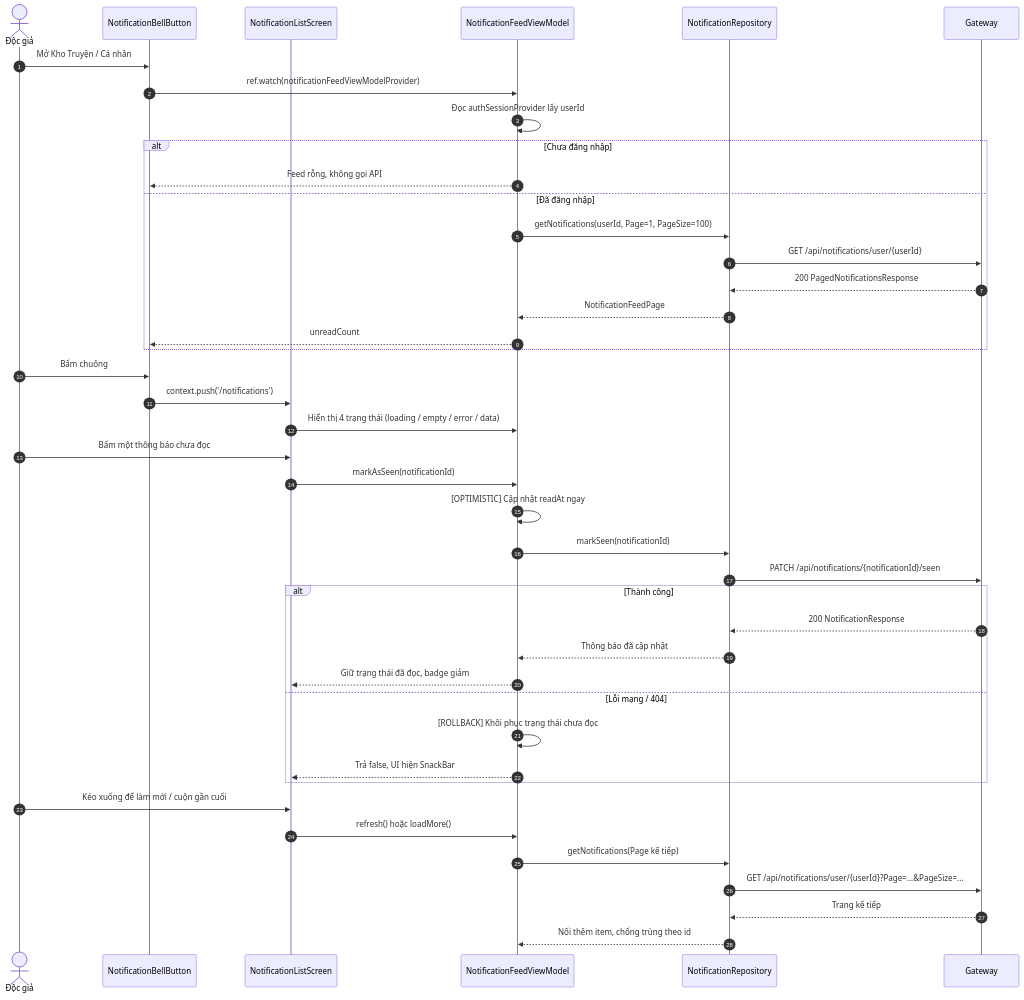
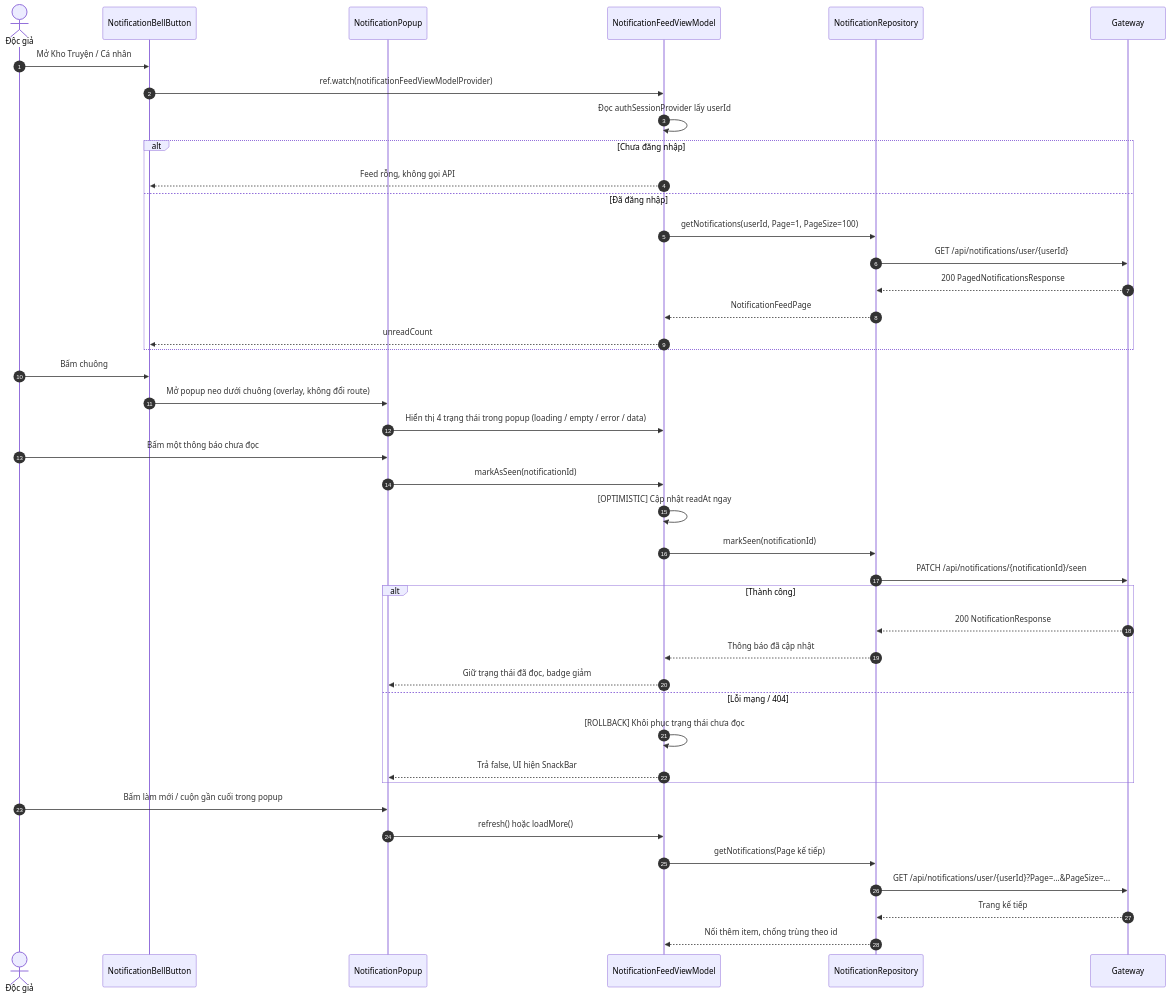
Before and after one commit to Trunguyen104/joyleebook_mobile: the fifth of 6 diagrams in docs/03-System-Flows-And-Contracts.md, drawn with Mermaid. The commit also changed other lines of this file and 23 other files, not shown here.

Commit message:
feat(notification): add realtime signalr notifications

````diff
--- a/docs/03-System-Flows-And-Contracts.md
+++ b/docs/03-System-Flows-And-Contracts.md
@@ -195,48 +195,48 @@
 ```mermaid
 sequenceDiagram
     autonumber
     actor Reader as Độc giả
     participant Bell as NotificationBellButton
-    participant UI as NotificationListScreen
+    participant UI as NotificationPopup
     participant VM as NotificationFeedViewModel
     participant Repo as NotificationRepository
     participant GW as Gateway
 
     Reader->>Bell: Mở Kho Truyện / Cá nhân
     Bell->>VM: ref.watch(notificationFeedViewModelProvider)
     VM->>VM: Đọc authSessionProvider lấy userId
     alt Chưa đăng nhập
         VM-->>Bell: Feed rỗng, không gọi API
     else Đã đăng nhập
         VM->>Repo: getNotifications(userId, Page=1, PageSize=100)
         Repo->>GW: GET /api/notifications/user/{userId}
         GW-->>Repo: 200 PagedNotificationsResponse
         Repo-->>VM: NotificationFeedPage
         VM-->>Bell: unreadCount
     end
 
     Reader->>Bell: Bấm chuông
-    Bell->>UI: context.push('/notifications')
-    UI->>VM: Hiển thị 4 trạng thái (loading / empty / error / data)
+    Bell->>UI: Mở popup neo dưới chuông (overlay, không đổi route)
+    UI->>VM: Hiển thị 4 trạng thái trong popup (loading / empty / error / data)
 
     Reader->>UI: Bấm một thông báo chưa đọc
     UI->>VM: markAsSeen(notificationId)
     VM->>VM: [OPTIMISTIC] Cập nhật readAt ngay
     VM->>Repo: markSeen(notificationId)
     Repo->>GW: PATCH /api/notifications/{notificationId}/seen
     alt Thành công
         GW-->>Repo: 200 NotificationResponse
         Repo-->>VM: Thông báo đã cập nhật
         VM-->>UI: Giữ trạng thái đã đọc, badge giảm
     else Lỗi mạng / 404
         VM->>VM: [ROLLBACK] Khôi phục trạng thái chưa đọc
         VM-->>UI: Trả false, UI hiện SnackBar
     end
 
-    Reader->>UI: Kéo xuống để làm mới / cuộn gần cuối
+    Reader->>UI: Bấm làm mới / cuộn gần cuối trong popup
     UI->>VM: refresh() hoặc loadMore()
     VM->>Repo: getNotifications(Page kế tiếp)
     Repo->>GW: GET /api/notifications/user/{userId}?Page=...&PageSize=...
     GW-->>Repo: Trang kế tiếp
     Repo-->>VM: Nối thêm item, chống trùng theo id
 ```
````
